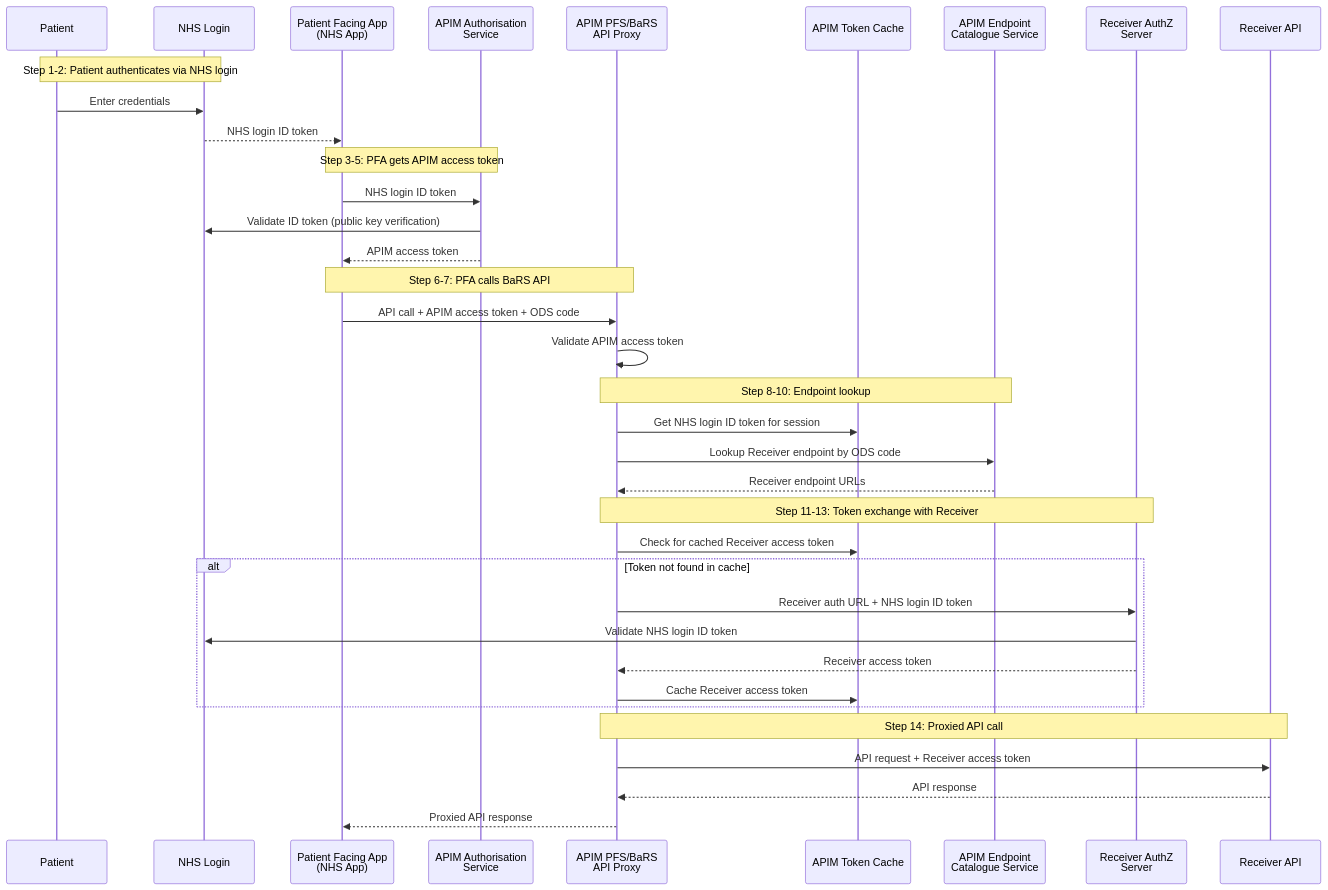
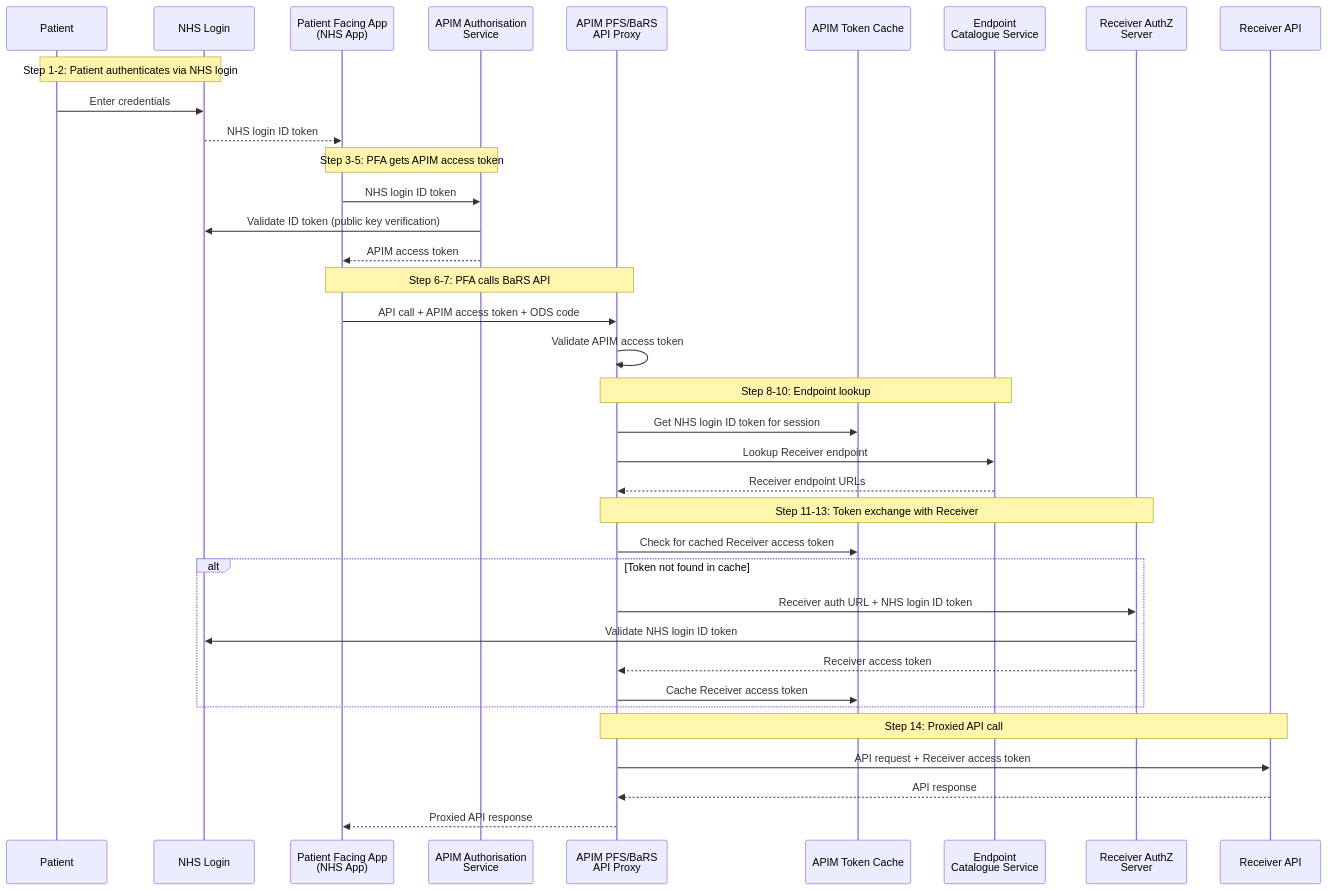
The first of 3 diagrams in 08-patient-facing-nhs-identity.md (RichardWardNHSD/BaRS-Appointments-StandardPattern), drawn with Mermaid before and after one commit. The commit also changed other lines of this file, not shown here.

Commit message:
Add Endpoint Catalogue section: auth and API endpoint resolution with connectionType/payloadType examples

````diff
--- a/08-patient-facing-nhs-identity.md
+++ b/08-patient-facing-nhs-identity.md
@@ -36,44 +36,44 @@
 ```mermaid
 sequenceDiagram
     participant Patient
     participant NHSLogin as NHS Login
     participant PFA as Patient Facing App<br/>(NHS App)
     participant APIMAuth as APIM Authorisation<br/>Service
     participant PFSProxy as APIM PFS/BaRS<br/>API Proxy
     participant TokenCache as APIM Token Cache
-    participant EPC as APIM Endpoint<br/>Catalogue Service
+    participant EPC as Endpoint<br/>Catalogue Service
     participant ReceiverAuth as Receiver AuthZ<br/>Server
     participant ReceiverAPI as Receiver API
 
     Note over Patient,NHSLogin: Step 1-2: Patient authenticates via NHS login
     Patient->>NHSLogin: Enter credentials
     NHSLogin-->>PFA: NHS login ID token
 
     Note over PFA,APIMAuth: Step 3-5: PFA gets APIM access token
     PFA->>APIMAuth: NHS login ID token
     APIMAuth->>NHSLogin: Validate ID token (public key verification)
     APIMAuth-->>PFA: APIM access token
 
     Note over PFA,PFSProxy: Step 6-7: PFA calls BaRS API
     PFA->>PFSProxy: API call + APIM access token + ODS code
     PFSProxy->>PFSProxy: Validate APIM access token
 
     Note over PFSProxy,EPC: Step 8-10: Endpoint lookup
     PFSProxy->>TokenCache: Get NHS login ID token for session
-    PFSProxy->>EPC: Lookup Receiver endpoint by ODS code
+    PFSProxy->>EPC: Lookup Receiver endpoint
     EPC-->>PFSProxy: Receiver endpoint URLs
 
     Note over PFSProxy,ReceiverAuth: Step 11-13: Token exchange with Receiver
     PFSProxy->>TokenCache: Check for cached Receiver access token
     alt Token not found in cache
         PFSProxy->>ReceiverAuth: Receiver auth URL + NHS login ID token
         ReceiverAuth->>NHSLogin: Validate NHS login ID token
         ReceiverAuth-->>PFSProxy: Receiver access token
         PFSProxy->>TokenCache: Cache Receiver access token
     end
 
     Note over PFSProxy,ReceiverAPI: Step 14: Proxied API call
     PFSProxy->>ReceiverAPI: API request + Receiver access token
     ReceiverAPI-->>PFSProxy: API response
     PFSProxy-->>PFA: Proxied API response
 ```
````
